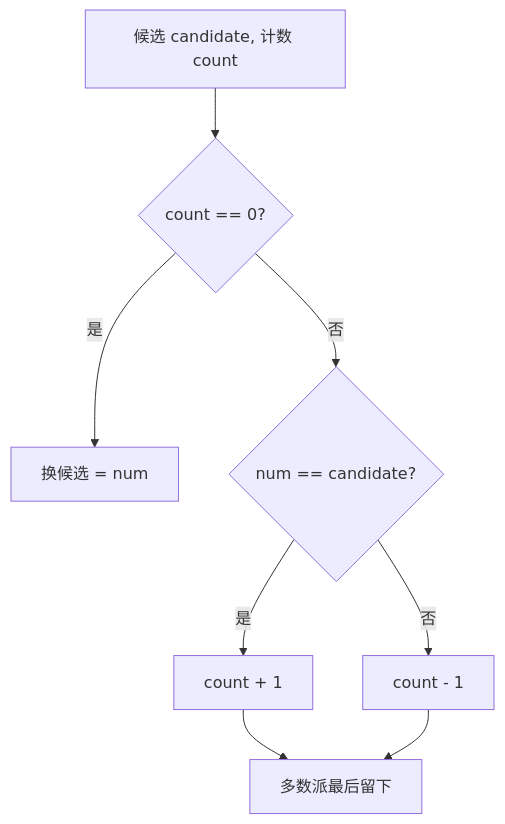
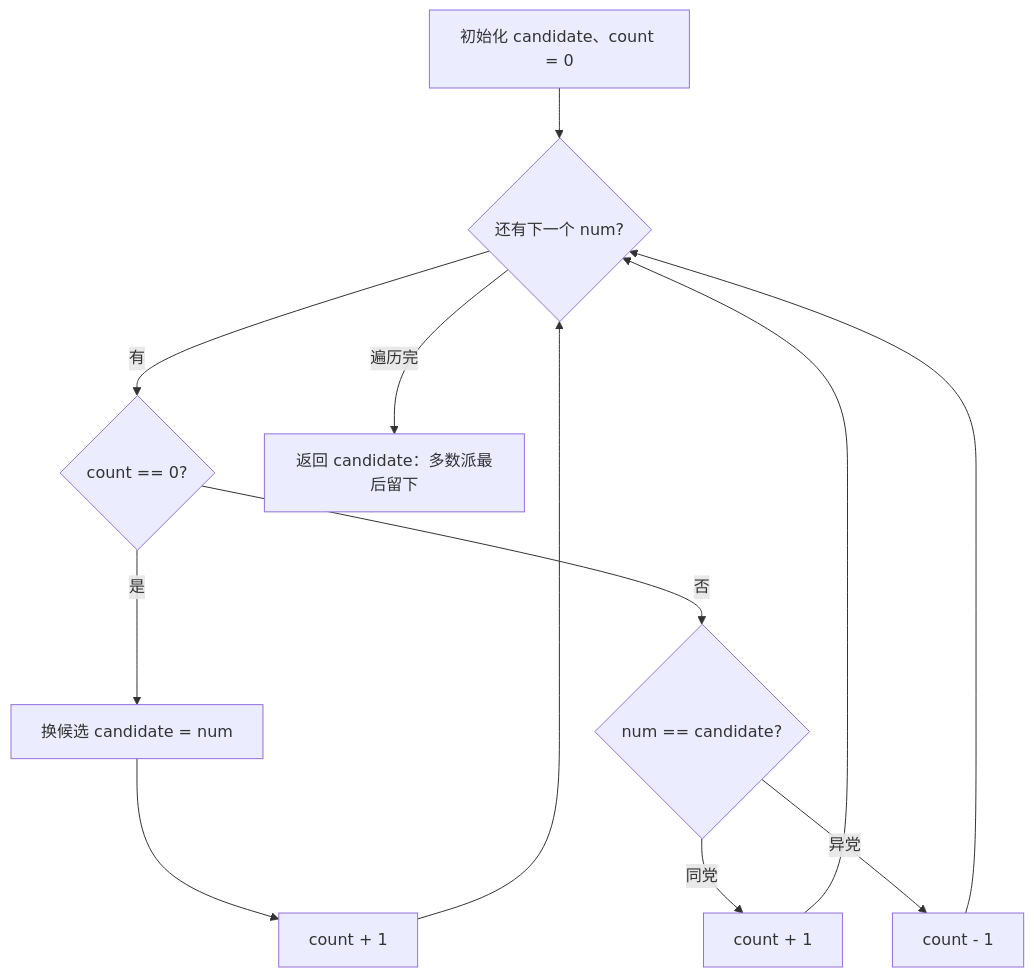
The first of 2 diagrams in 18-技巧/0169-多数元素.md (OctalZero/hot100-py), drawn with Mermaid before and after one commit. The commit also changed other lines of this file and 117 other files, not shown here.

First line of the commit message:
feat: 全题解配图升级为「动画式 mermaid」（总览骨架 + 横向时间线逐步推演）

````diff
--- a/18-技巧/0169-多数元素.md
+++ b/18-技巧/0169-多数元素.md
@@ -20,10 +20,14 @@
 ```mermaid
 flowchart TD
-    A["候选 candidate, 计数 count"] --> B{"count == 0?"}
-    B -- "是" --> C["换候选 = num"]
-    B -- "否" --> D{"num == candidate?"}
-    D -- "是" --> E["count + 1"]
-    D -- "否" --> F["count - 1"]
-    E --> G["多数派最后留下"]
-    F --> G
+    A["初始化 candidate、count = 0"] --> B{"还有下一个 num?"}
+    B -->|"有"| C{"count == 0?"}
+    C -->|"是"| D["换候选 candidate = num"]
+    C -->|"否"| E{"num == candidate?"}
+    E -->|"同党"| F["count + 1"]
+    E -->|"异党"| G["count - 1"]
+    D --> H["count + 1"]
+    F --> B
+    G --> B
+    H --> B
+    B -->|"遍历完"| I["返回 candidate：多数派最后留下"]
 ```
````
